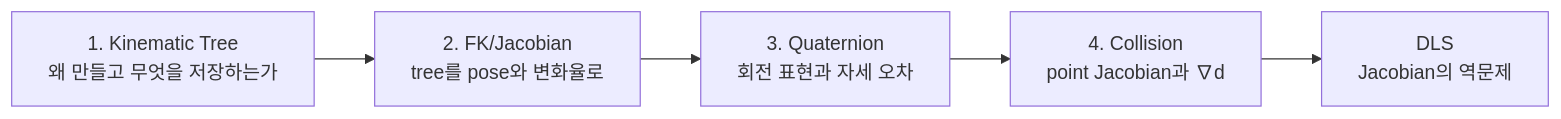
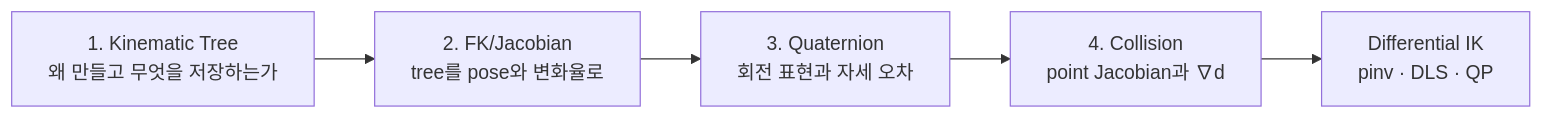
Before and after one commit to Geonhee-LEE/aiworker-mj-lab: the first of 2 diagrams in docs/guide/kinematics.md, drawn with Mermaid. The commit also changed other lines of this file and 45 other files, not shown here.

````diff
--- a/docs/guide/kinematics.md
+++ b/docs/guide/kinematics.md
@@ -24,7 +24,7 @@
 ```mermaid
 flowchart LR
     T["1. Kinematic Tree<br>왜 만들고 무엇을 저장하는가"] --> F["2. FK/Jacobian<br>tree를 pose와 변화율로"]
     F --> Q["3. Quaternion<br>회전 표현과 자세 오차"]
     Q --> C["4. Collision<br>point Jacobian과 ∇d"]
-    C --> D["DLS<br>Jacobian의 역문제"]
+    C --> D["Differential IK<br>pinv · DLS · QP"]
 ```
````
